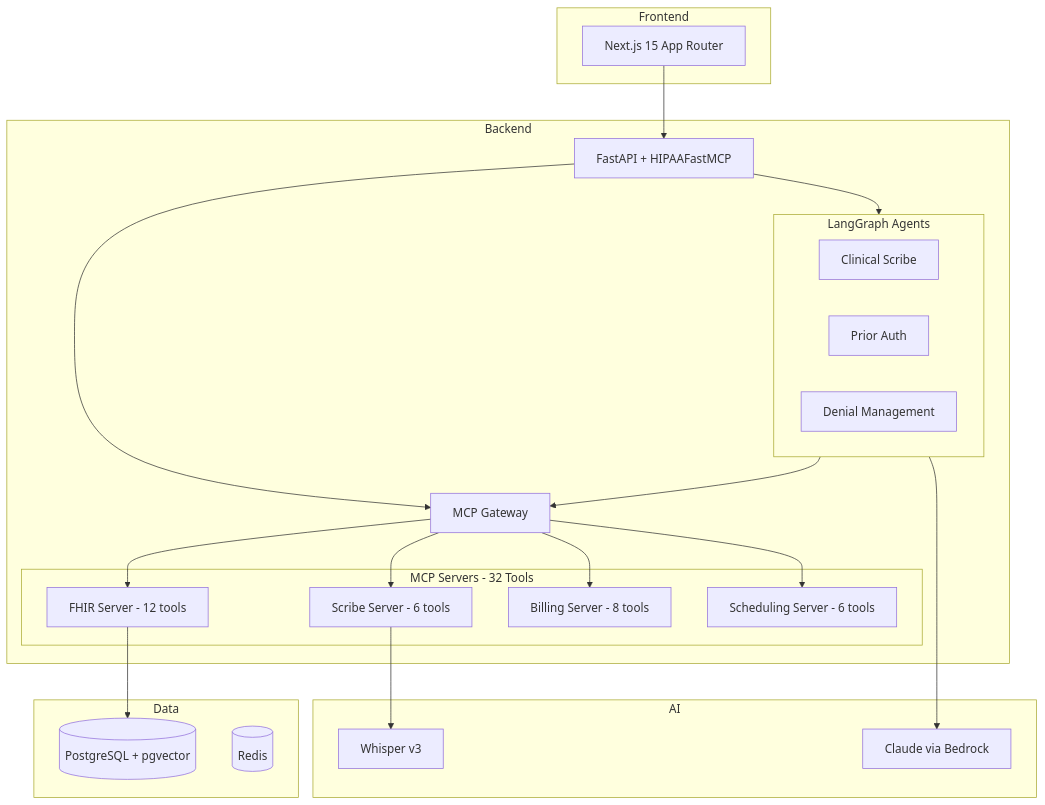
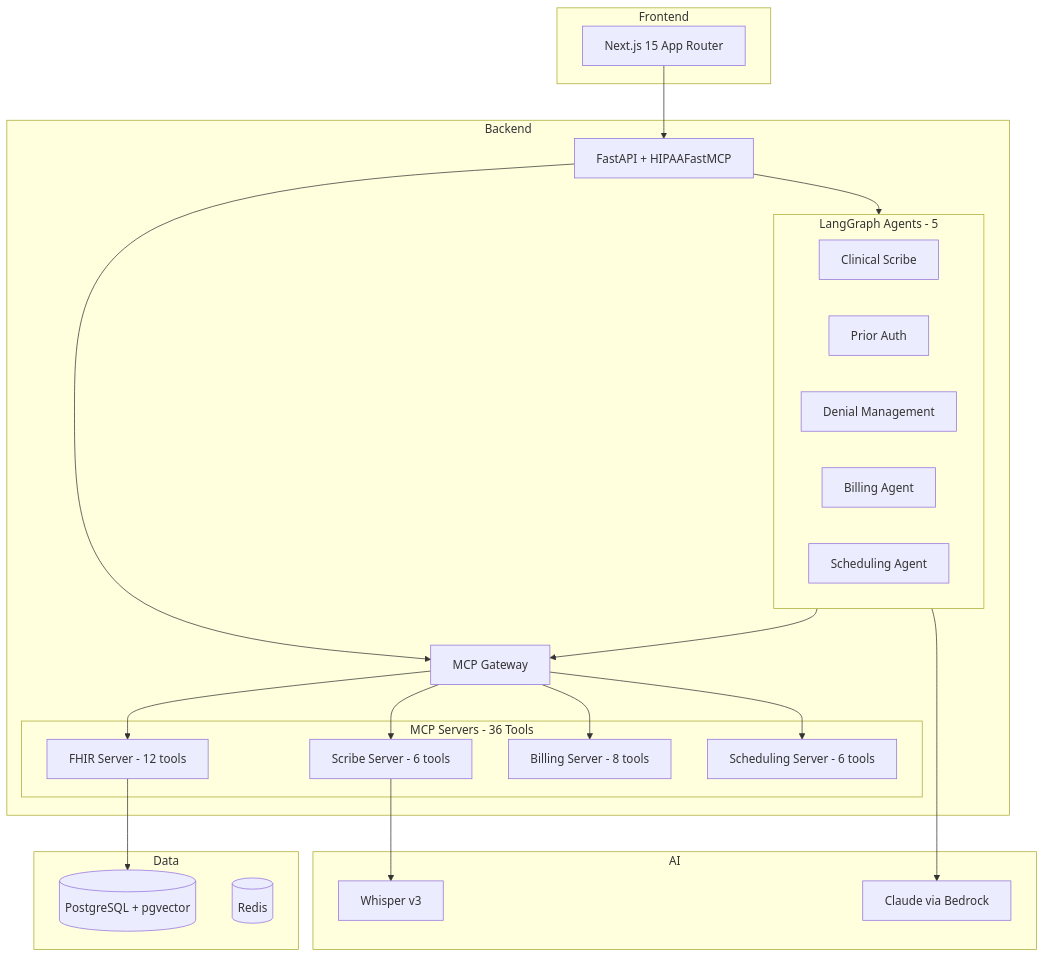
The seventh of 9 diagrams in 04-architecture/system-design/System-Architecture-Overview.md (0xultravioleta/medos), drawn with Mermaid before and after one commit. The commit also changed other lines of this file and 8 other files, not shown here.

First line of the commit message:
docs: enrich vault with Sprint 5 architecture updates and tracking

````diff
--- a/04-architecture/system-design/System-Architecture-Overview.md
+++ b/04-architecture/system-design/System-Architecture-Overview.md
@@ -686,46 +686,48 @@
 ```mermaid
 graph TB
     subgraph Frontend
         Next[Next.js 15 App Router]
     end
 
     subgraph Backend
         FastAPI[FastAPI + HIPAAFastMCP]
         Gateway[MCP Gateway]
 
-        subgraph MCP_Servers[MCP Servers - 32 Tools]
+        subgraph MCP_Servers[MCP Servers - 36 Tools]
             FHIR[FHIR Server - 12 tools]
             Scribe[Scribe Server - 6 tools]
             Billing[Billing Server - 8 tools]
             Schedule[Scheduling Server - 6 tools]
         end
 
-        subgraph Agents[LangGraph Agents]
+        subgraph Agents[LangGraph Agents - 5]
             CS[Clinical Scribe]
             PA[Prior Auth]
             DM[Denial Management]
+            BA[Billing Agent]
+            SA[Scheduling Agent]
         end
     end
 
     subgraph Data
         PG[(PostgreSQL + pgvector)]
         Redis[(Redis)]
     end
 
     subgraph AI
         Claude[Claude via Bedrock]
         Whisper[Whisper v3]
     end
 
     Next --> FastAPI
     FastAPI --> Gateway
     Gateway --> FHIR
     Gateway --> Scribe
     Gateway --> Billing
     Gateway --> Schedule
     FastAPI --> Agents
     Agents --> Gateway
     FHIR --> PG
     Agents --> Claude
     Scribe --> Whisper
 ```
````
